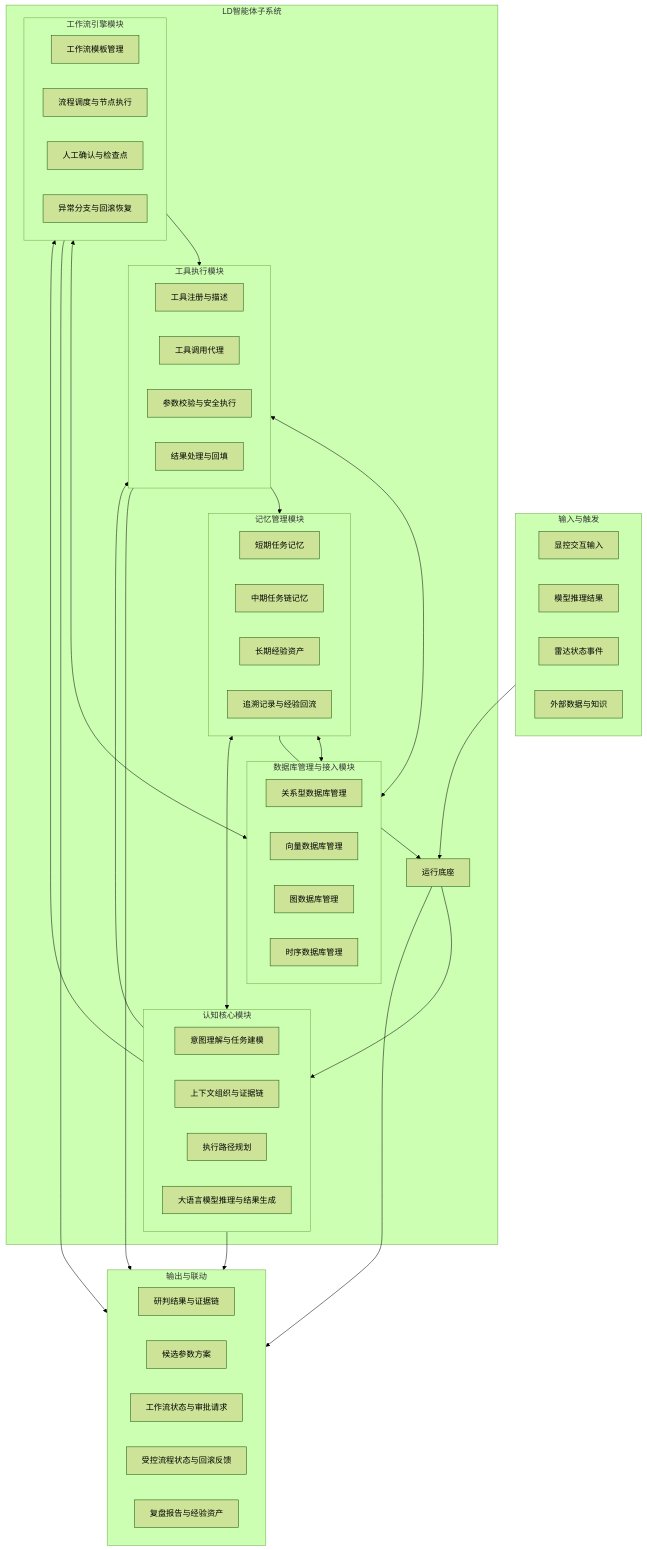
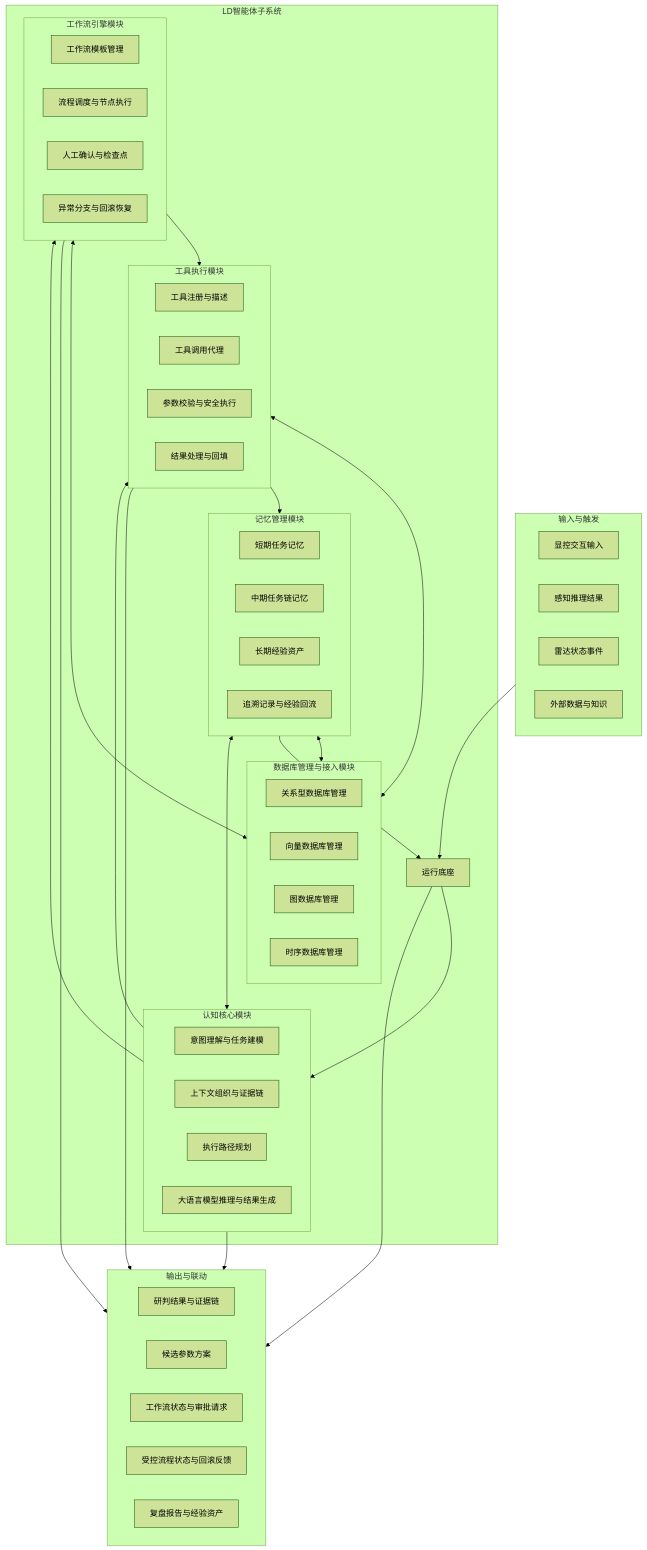
Before and after one commit to StormSeven1/obsidian-vault: the third of 7 diagrams in radar agent/4.3.3.2 LD智能体子系统技术方案.md, drawn with Mermaid (forest theme). The commit also changed other lines of this file, not shown here.

````diff
--- a/radar agent/4.3.3.2 LD智能体子系统技术方案.md
+++ b/radar agent/4.3.3.2 LD智能体子系统技术方案.md
@@ -109,67 +109,67 @@
 ```mermaid
 graph TB
     subgraph INPUT[输入与触发]
         I1[显控交互输入]
-        I2[模型推理结果]
+        I2[感知推理结果]
         I3[雷达状态事件]
         I4[外部数据与知识]
     end
 
     subgraph CORE[LD智能体子系统]
         H[运行底座]
         subgraph COG[认知核心模块]
             C1[意图理解与任务建模]
             C2[上下文组织与证据链]
             C3[执行路径规划]
             C4[大语言模型推理与结果生成]
         end
         subgraph MEM[记忆管理模块]
             M1[短期任务记忆]
             M2[中期任务链记忆]
             M3[长期经验资产]
             M4[追溯记录与经验回流]
         end
         subgraph TOOL[工具执行模块]
             T1[工具注册与描述]
             T2[工具调用代理]
             T3[参数校验与安全执行]
             T4[结果处理与回填]
         end
         subgraph WF[工作流引擎模块]
             W1[工作流模板管理]
             W2[流程调度与节点执行]
             W3[人工确认与检查点]
             W4[异常分支与回滚恢复]
         end
         subgraph DB[数据库管理与接入模块]
             D1[关系型数据库管理]
             D2[向量数据库管理]
             D3[图数据库管理]
             D4[时序数据库管理]
         end
     end
 
     subgraph OUTPUT[输出与联动]
         O1[研判结果与证据链]
         O2[候选参数方案]
         O3[工作流状态与审批请求]
         O4[受控流程状态与回滚反馈]
         O5[复盘报告与经验资产]
     end
 
     INPUT --> H
     H --> COG
     COG <--> MEM
     COG --> TOOL
     COG --> WF
     WF --> TOOL
     MEM <--> DB
     TOOL <--> DB
     WF <--> DB
     TOOL --> MEM
     MEM --> H
     TOOL --> OUTPUT
     WF --> OUTPUT
     COG --> OUTPUT
     H --> OUTPUT
 ```
````
